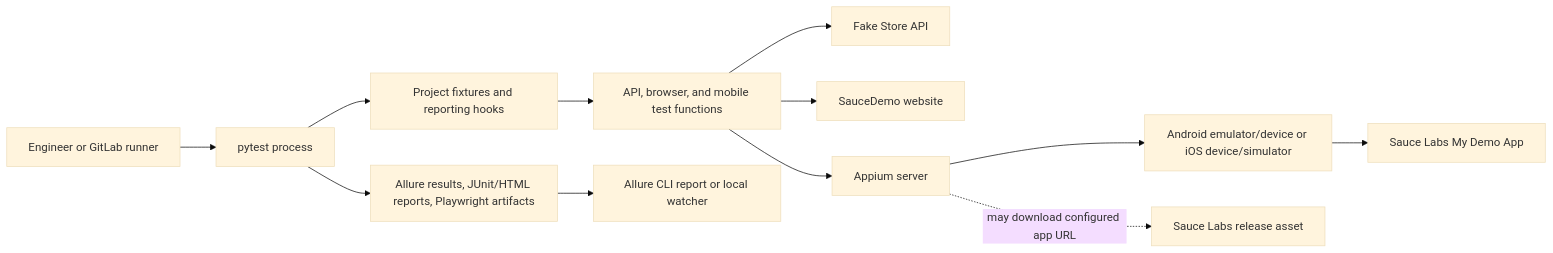
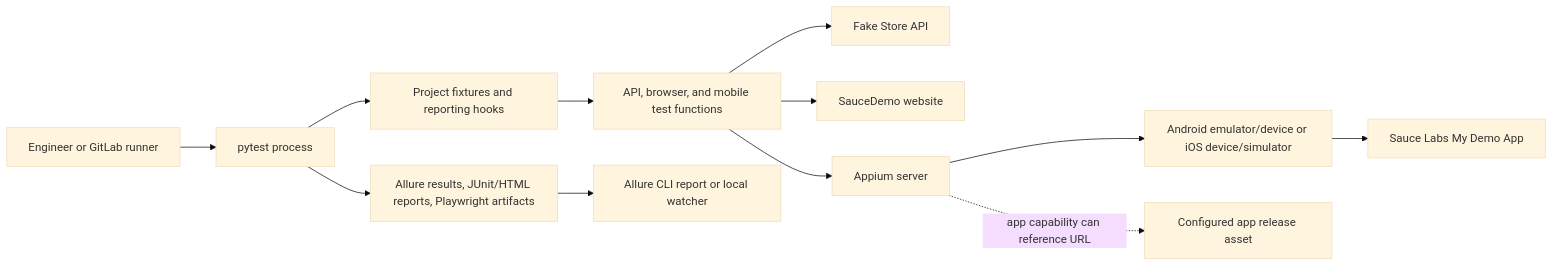
Before and after one commit to eminmuhammadi/flexible-test-automation-template: the first of 11 diagrams in docs/README.md, drawn with Mermaid (base theme). The commit also changed other lines of this file and 3 other files, not shown here.

````diff
--- a/docs/README.md
+++ b/docs/README.md
@@ -46,14 +47,14 @@
 ```mermaid
 flowchart LR
   person["Engineer or GitLab runner"] --> pytest["pytest process"]
   pytest --> framework["Project fixtures and reporting hooks"]
   framework --> tests["API, browser, and mobile test functions"]
   tests --> api["Fake Store API"]
   tests --> web["SauceDemo website"]
   tests --> appium["Appium server"]
   appium --> device["Android emulator/device or iOS device/simulator"]
   device --> app["Sauce Labs My Demo App"]
-  appium -. may download configured app URL .-> releases["Sauce Labs release asset"]
+  appium -. app capability can reference URL .-> releases["Configured app release asset"]
   pytest --> results["Allure results, JUnit/HTML reports, Playwright artifacts"]
   results --> report["Allure CLI report or local watcher"]
 ```
````
